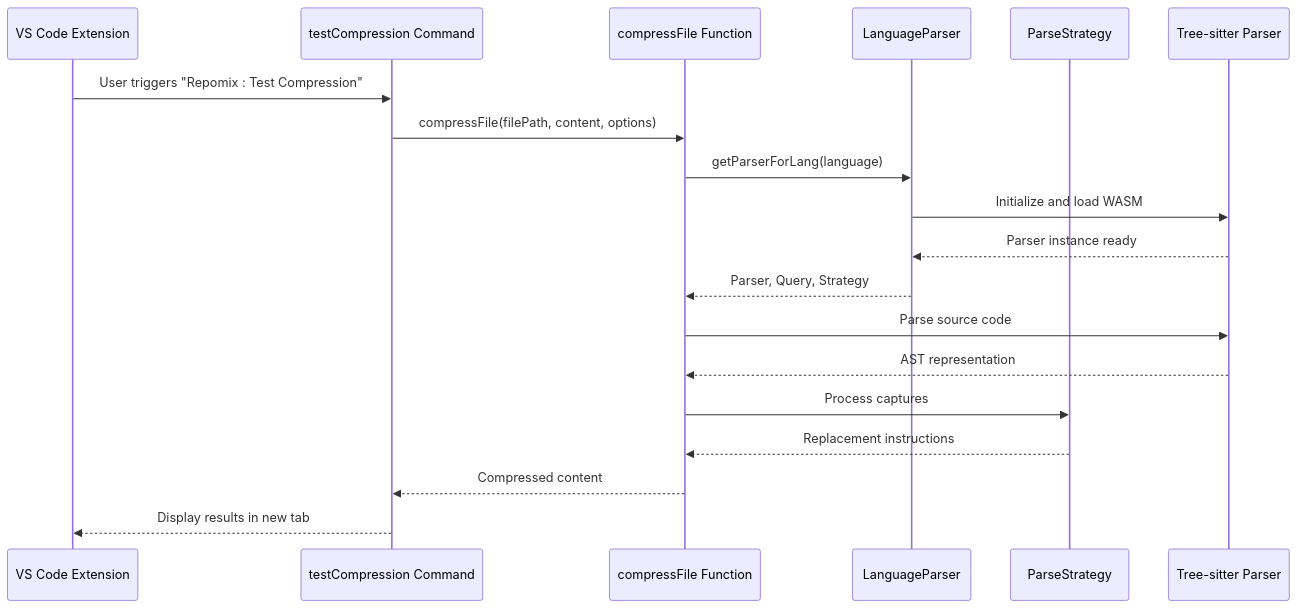
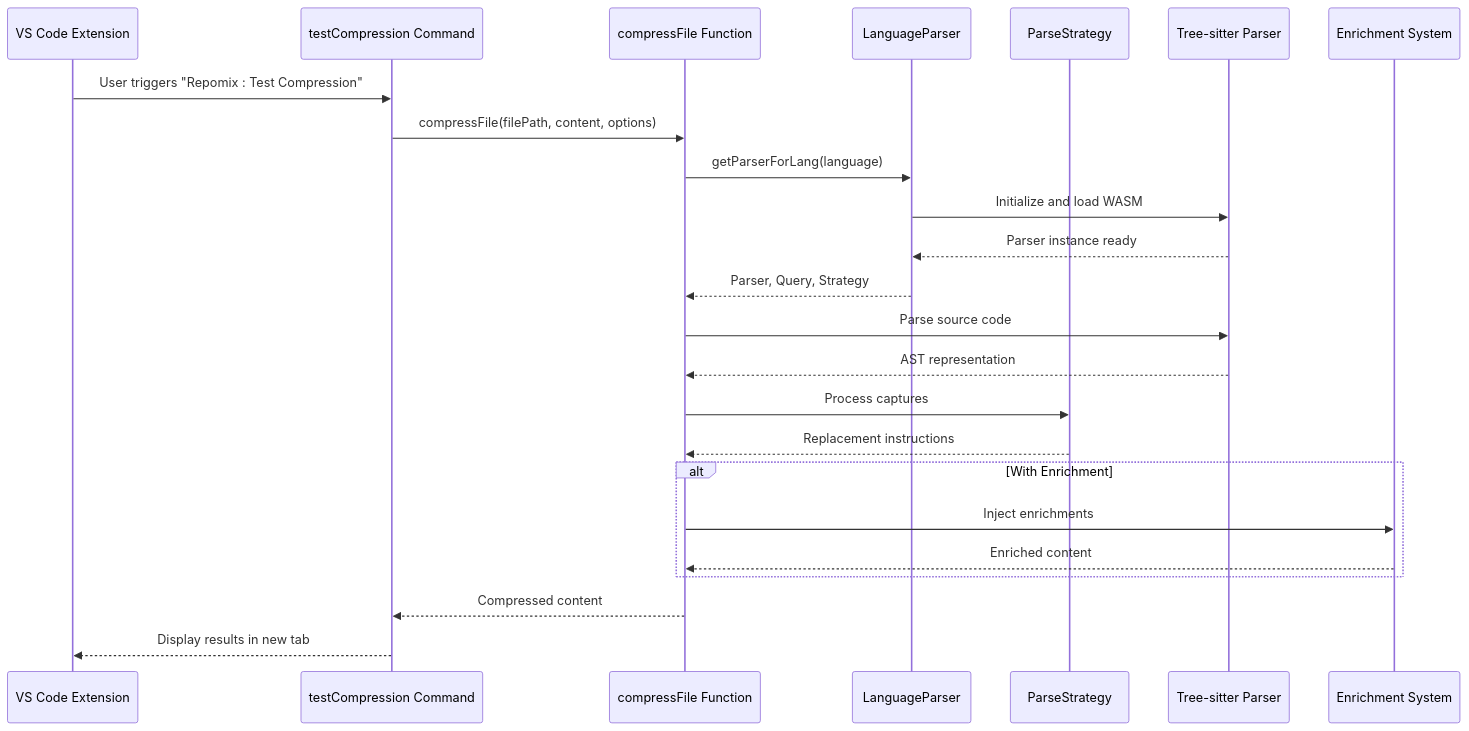
Before and after one commit to bramburn/repomix-runner: the second of 6 diagrams in .qoder/repowiki/en/content/Testing Framework/Compression Testing Framework.md, drawn with Mermaid. The commit also changed other lines of this file and 14 other files, not shown here.

````diff
--- a/.qoder/repowiki/en/content/Testing Framework/Compression Testing Framework.md
+++ b/.qoder/repowiki/en/content/Testing Framework/Compression Testing Framework.md
@@ -100,21 +124,26 @@
 ```mermaid
 sequenceDiagram
 participant VSCode as VS Code Extension
 participant Command as testCompression Command
 participant Compressor as compressFile Function
 participant Parser as LanguageParser
 participant Strategy as ParseStrategy
 participant TreeSitter as Tree-sitter Parser
+participant Enrichment as Enrichment System
 VSCode->>Command : User triggers "Repomix : Test Compression"
 Command->>Compressor : compressFile(filePath, content, options)
 Compressor->>Parser : getParserForLang(language)
 Parser->>TreeSitter : Initialize and load WASM
 TreeSitter-->>Parser : Parser instance ready
 Parser-->>Compressor : Parser, Query, Strategy
 Compressor->>TreeSitter : Parse source code
 TreeSitter-->>Compressor : AST representation
 Compressor->>Strategy : Process captures
 Strategy-->>Compressor : Replacement instructions
+alt With Enrichment
+Compressor->>Enrichment : Inject enrichments
+Enrichment-->>Compressor : Enriched content
+end
 Compressor-->>Command : Compressed content
 Command-->>VSCode : Display results in new tab
 ```
````
